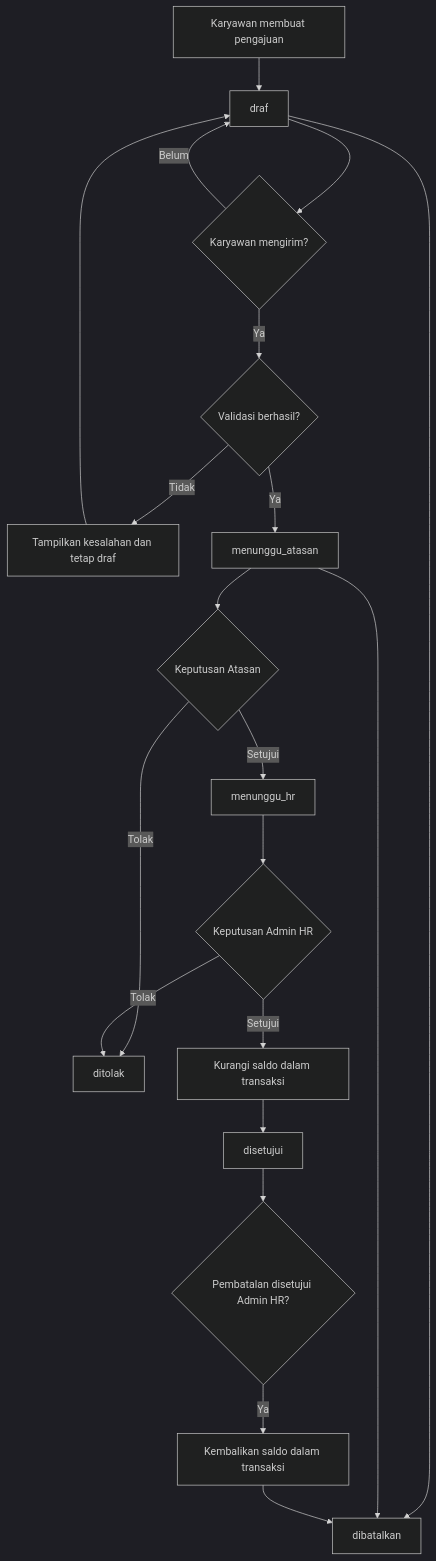
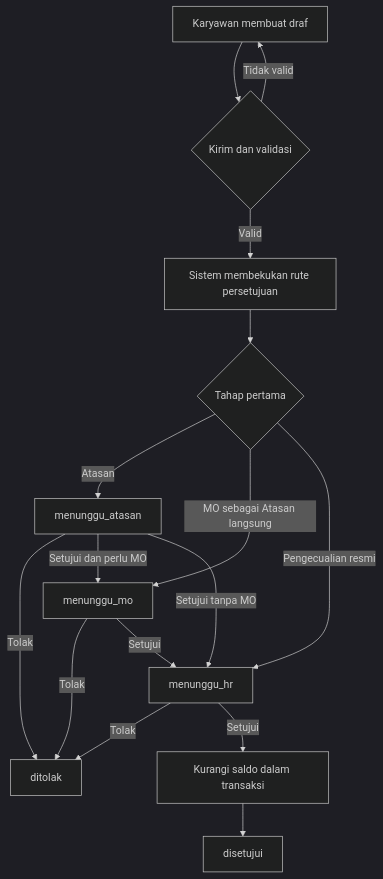
The diagram in docs/02-alur-bisnis.md (deirrr/cuti-pwa-kelompok-b), drawn with Mermaid (dark theme) before and after one commit. The commit also changed other lines of this file and 10 other files, not shown here.

````diff
--- a/docs/02-alur-bisnis.md
+++ b/docs/02-alur-bisnis.md
@@ -18,22 +19,18 @@
 ```mermaid
 flowchart TD
-    A[Karyawan membuat pengajuan] --> B[draf]
-    B --> C{Karyawan mengirim?}
-    C -- Belum --> B
-    C -- Ya --> D{Validasi berhasil?}
-    D -- Tidak --> E[Tampilkan kesalahan dan tetap draf]
-    E --> B
-    D -- Ya --> F[menunggu_atasan]
-    F --> G{Keputusan Atasan}
-    G -- Tolak --> H[ditolak]
-    G -- Setujui --> I[menunggu_hr]
-    I --> J{Keputusan Admin HR}
-    J -- Tolak --> H
-    J -- Setujui --> K[Kurangi saldo dalam transaksi]
-    K --> L[disetujui]
-    B --> M[dibatalkan]
-    F --> M
-    L --> N{Pembatalan disetujui Admin HR?}
-    N -- Ya --> O[Kembalikan saldo dalam transaksi]
-    O --> M
+    A[Karyawan membuat draf] --> B{Kirim dan validasi}
+    B -->|Tidak valid| A
+    B -->|Valid| C[Sistem membekukan rute persetujuan]
+    C --> D{Tahap pertama}
+    D -->|Atasan| E[menunggu_atasan]
+    D -->|MO sebagai Atasan langsung| F[menunggu_mo]
+    D -->|Pengecualian resmi| G[menunggu_hr]
+    E -->|Tolak| H[ditolak]
+    E -->|Setujui dan perlu MO| F
+    E -->|Setujui tanpa MO| G
+    F -->|Tolak| H
+    F -->|Setujui| G
+    G -->|Tolak| H
+    G -->|Setujui| I[Kurangi saldo dalam transaksi]
+    I --> J[disetujui]
 ```
````
